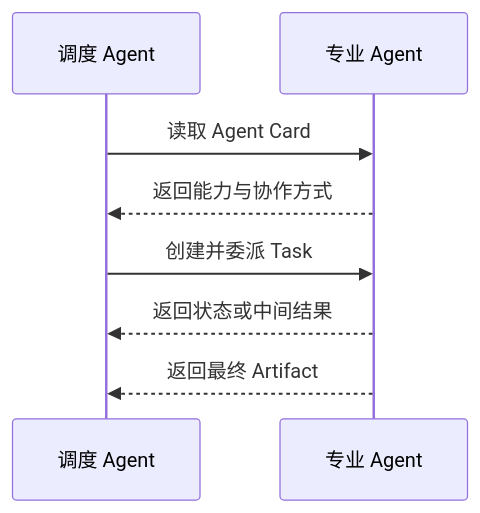
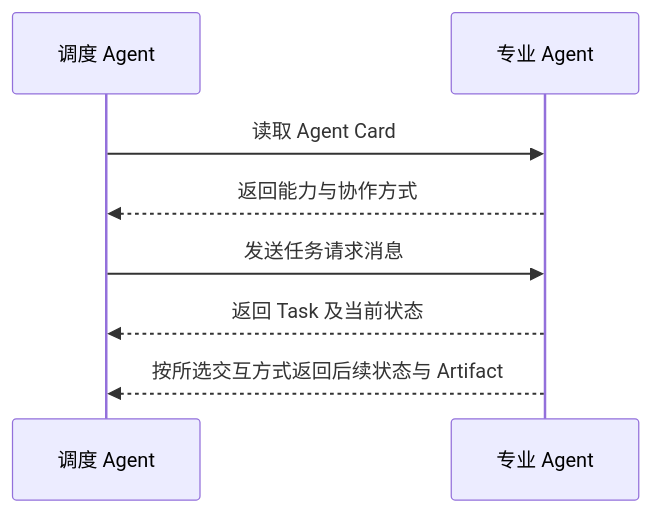
Before and after one commit to oneleaveknowsthefall/awesome-ai-roadmap: the second of 3 diagrams in docs/agent/01-foundations/01-agent-foundations.md, drawn with Mermaid. The commit also changed other lines of this file and 34 other files, not shown here.

````diff
--- a/docs/agent/01-foundations/01-agent-foundations.md
+++ b/docs/agent/01-foundations/01-agent-foundations.md
@@ -221,11 +221,11 @@
 ```mermaid
 sequenceDiagram
     participant A as 调度 Agent
     participant B as 专业 Agent
 
     A->>B: 读取 Agent Card
     B-->>A: 返回能力与协作方式
-    A->>B: 创建并委派 Task
-    B-->>A: 返回状态或中间结果
-    B-->>A: 返回最终 Artifact
+    A->>B: 发送任务请求消息
+    B-->>A: 返回 Task 及当前状态
+    B-->>A: 按所选交互方式返回后续状态与 Artifact
 ```
````
